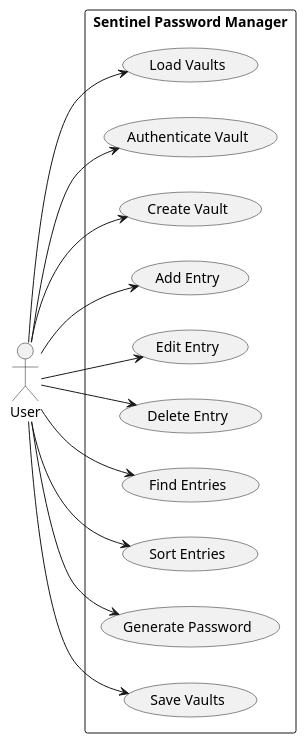
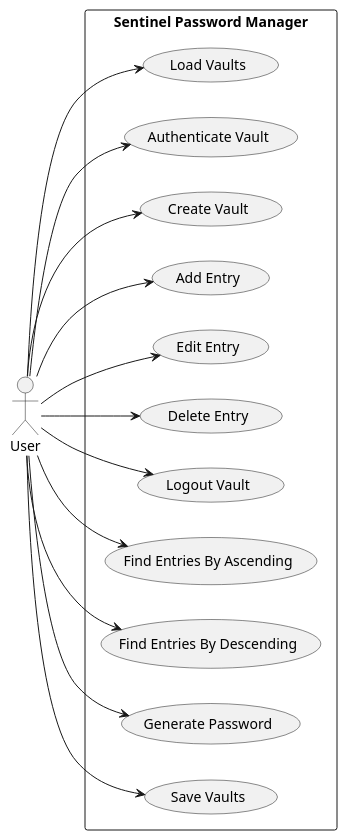
One commit to Twito-School-Projects/Sentinel changed the diagram in uml/use-case.plantuml. Above: the diagram before and after it, drawn with PlantUML. The commit also changed 1 other file, not shown here.

Commit message:
will implement logout functionality

```diff
--- a/uml/use-case.plantuml
+++ b/uml/use-case.plantuml
@@ -1,19 +1,20 @@
 @startuml
 left to right direction
 skinparam packageStyle rectangle
 
 actor User
 
 rectangle "Sentinel Password Manager" {
   User --> (Load Vaults)
   User --> (Authenticate Vault)
   User --> (Create Vault)
   User --> (Add Entry)
   User --> (Edit Entry)
   User --> (Delete Entry)
-  User --> (Find Entries)
-  User --> (Sort Entries)
+  User --> (Logout Vault)
+  User --> (Find Entries By Ascending)
+  User --> (Find Entries By Descending)
   User --> (Generate Password)
   User --> (Save Vaults)
 }
 @enduml
```
